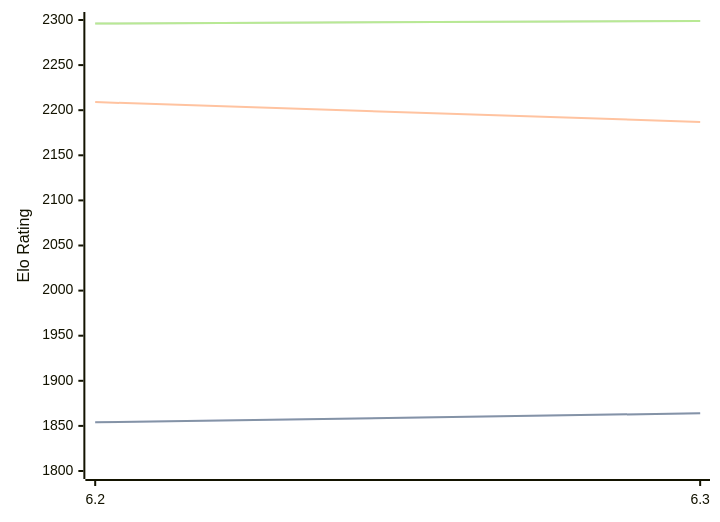
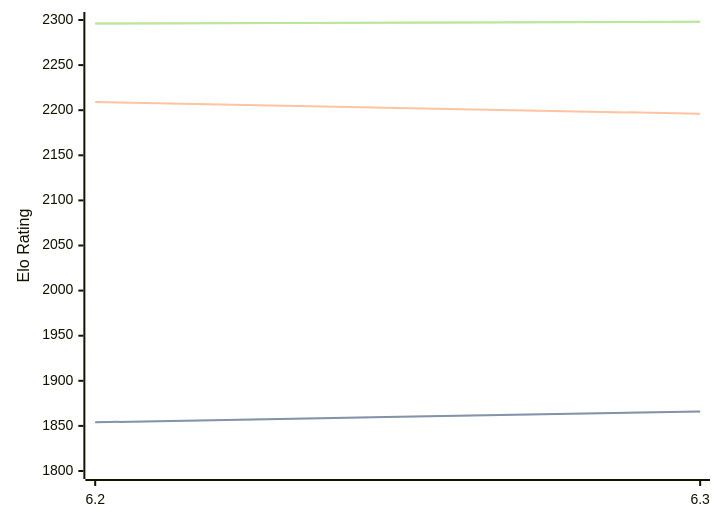
The diagram in engines/chess4j.md (computer-chess-index/cci), drawn with Mermaid before and after one commit. The commit also changed other lines of this file, not shown here.

Commit message:
Update CCI Ratings (ELO VLTC) - 2026-09-04

````diff
--- a/engines/chess4j.md
+++ b/engines/chess4j.md
@@ -32,11 +32,11 @@
 ```mermaid
 %%{init: {"theme":"base","themeVariables":{"seriesColors:['#a3a3a3','#222221','#faa371']}}}%%
 xychart-beta
   x-axis ["6.2", "6.3"]
   y-axis "Elo Rating" 1800 --> 2300
-  line "" [1854, 1864]
-  line "STC (8.0+0.08s)" [1854, 1864]
-  line "LTC (60.0+0.60s)" [2209, 2187]
-  line "" [2296, 2299]
-  line "VLTC (2m24s+1.12s)" [2296, 2299]
+  line "" [1854, 1866]
+  line "STC (8.0+0.08s)" [1854, 1866]
+  line "LTC (60.0+0.60s)" [2209, 2196]
+  line "" [2296, 2298]
+  line "VLTC (2m24s+1.12s)" [2296, 2298]
 ```
````
